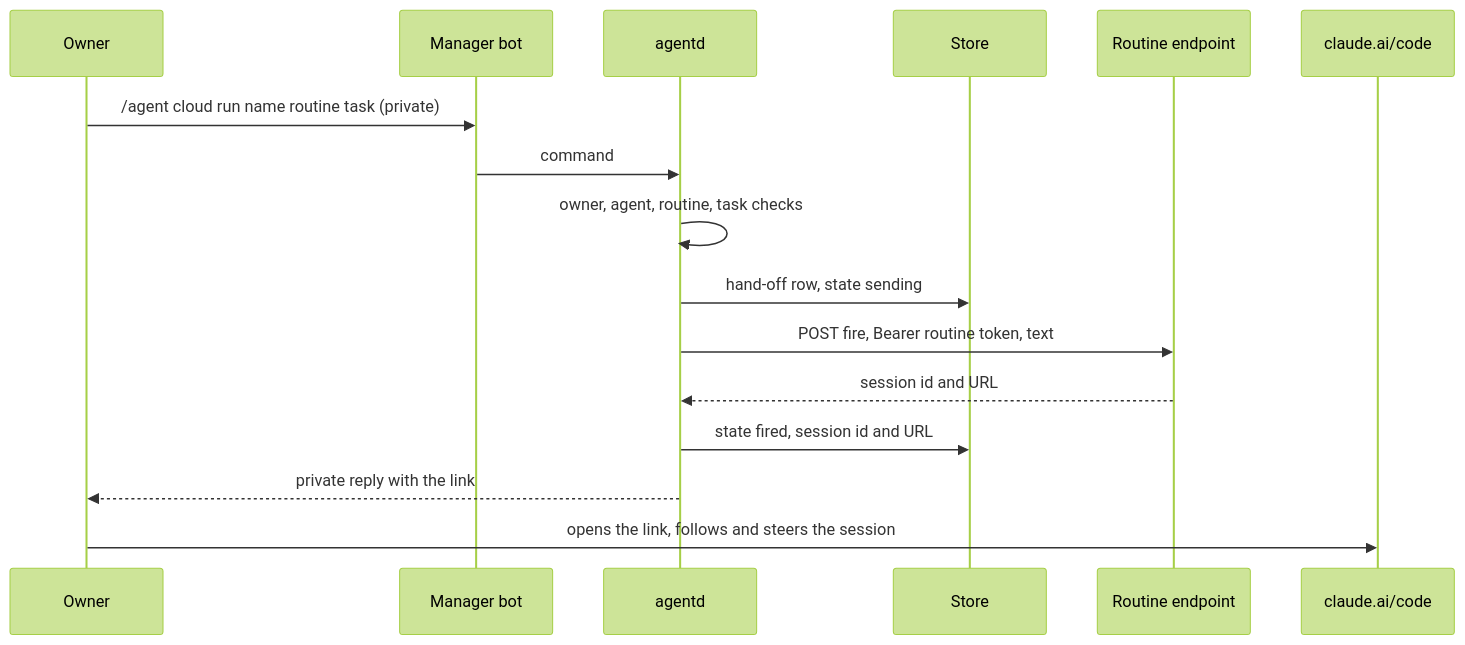
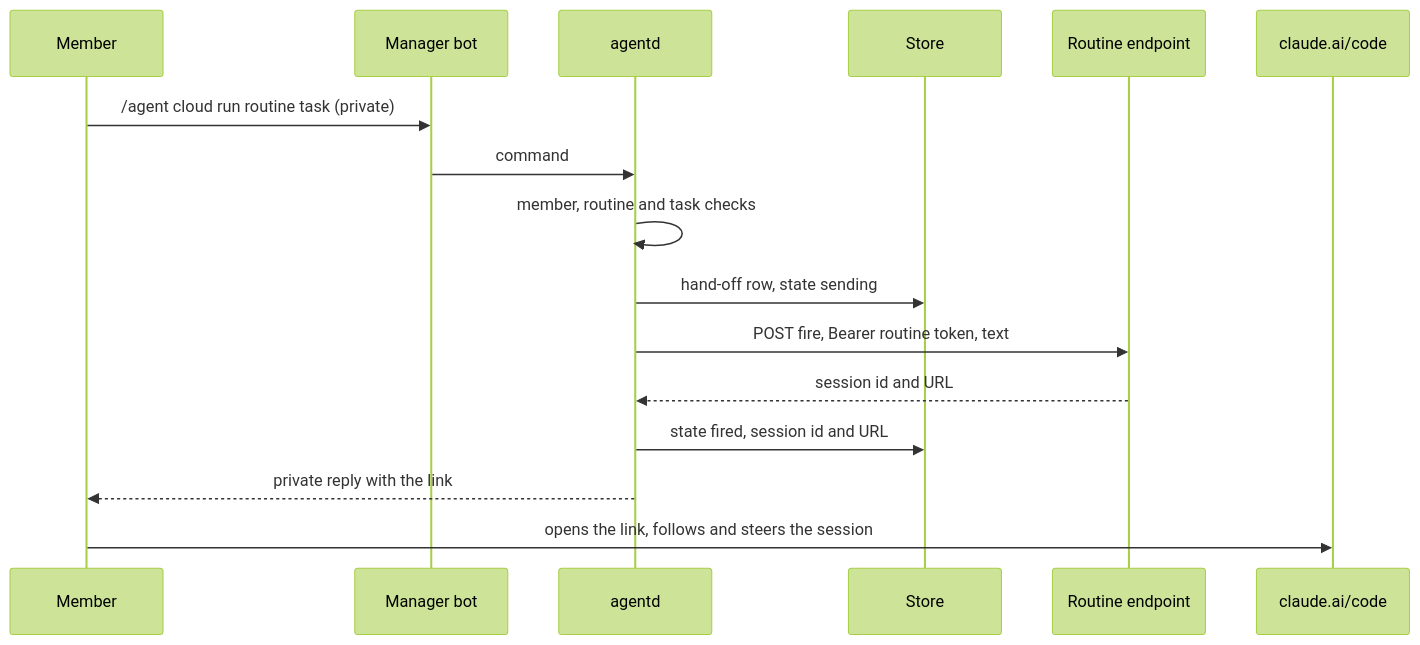
The seventh of 8 diagrams in docs/design.md (agentsky/agent-core), drawn with Mermaid (forest theme) before and after one commit. The commit also changed other lines of this file and 1 other file, not shown here.

````diff
--- a/docs/design.md
+++ b/docs/design.md
@@ -900,19 +937,19 @@
 ```mermaid
 sequenceDiagram
-    participant O as Owner
+    participant M as Member
     participant B as Manager bot
     participant A as agentd
     participant S as Store
     participant R as Routine endpoint
     participant C as claude.ai/code
 
-    O->>B: /agent cloud run name routine task (private)
+    M->>B: /agent cloud run routine task (private)
     B->>A: command
-    A->>A: owner, agent, routine, task checks
+    A->>A: member, routine and task checks
     A->>S: hand-off row, state sending
     A->>R: POST fire, Bearer routine token, text
     R-->>A: session id and URL
     A->>S: state fired, session id and URL
-    A-->>O: private reply with the link
-    O->>C: opens the link, follows and steers the session
+    A-->>M: private reply with the link
+    M->>C: opens the link, follows and steers the session
 ```
````
